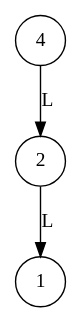
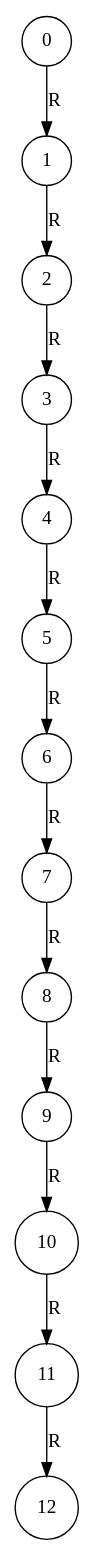
The diagram in Fase2_EDD/graphABB_AVL.dot (FranklinONP/EDD_PROYECTO_202200089), drawn with Graphviz before and after one commit. The commit also changed 7 other files, not shown here.

```diff
--- a/Fase2_EDD/graphABB_AVL.dot
+++ b/Fase2_EDD/graphABB_AVL.dot
@@ -1,8 +1,28 @@
 digraph G{
 node [shape=circle];
-"2307228113488"[label="4"];
-"2307227944800"[label="2"];
-"2307227944912"[label="1"];
-"2307228113488" -> "2307227944800" [label = "L"];
-"2307227944800" -> "2307227944912" [label = "L"];
+"2127335557008"[label="0"];
+"2127335557088"[label="1"];
+"2127335557168"[label="2"];
+"2127335580848"[label="3"];
+"2127335581648"[label="4"];
+"2127335581008"[label="5"];
+"2127335580128"[label="6"];
+"2127335580048"[label="7"];
+"2127335580768"[label="8"];
+"2127335581248"[label="9"];
+"2127335581088"[label="10"];
+"2127335580208"[label="11"];
+"2127335581488"[label="12"];
+"2127335557008" -> "2127335557088" [label = "R"];
+"2127335557088" -> "2127335557168" [label = "R"];
+"2127335557168" -> "2127335580848" [label = "R"];
+"2127335580848" -> "2127335581648" [label = "R"];
+"2127335581648" -> "2127335581008" [label = "R"];
+"2127335581008" -> "2127335580128" [label = "R"];
+"2127335580128" -> "2127335580048" [label = "R"];
+"2127335580048" -> "2127335580768" [label = "R"];
+"2127335580768" -> "2127335581248" [label = "R"];
+"2127335581248" -> "2127335581088" [label = "R"];
+"2127335581088" -> "2127335580208" [label = "R"];
+"2127335580208" -> "2127335581488" [label = "R"];
 }
```
